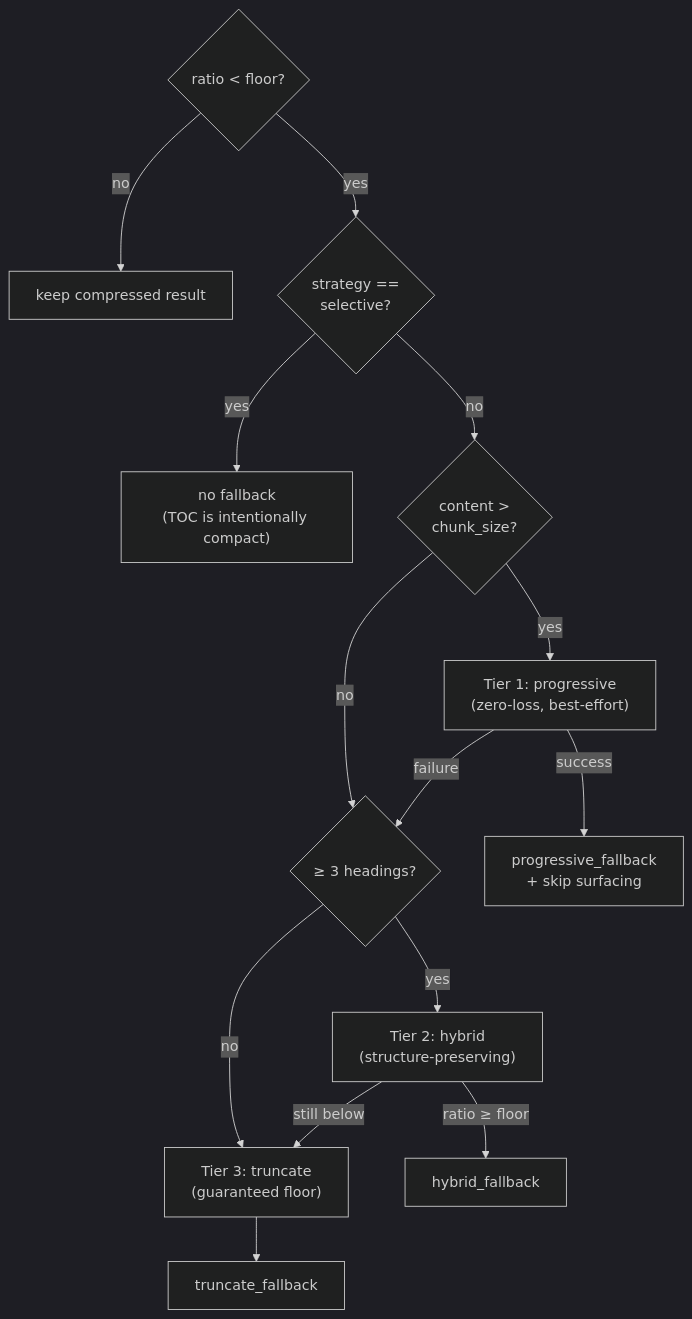
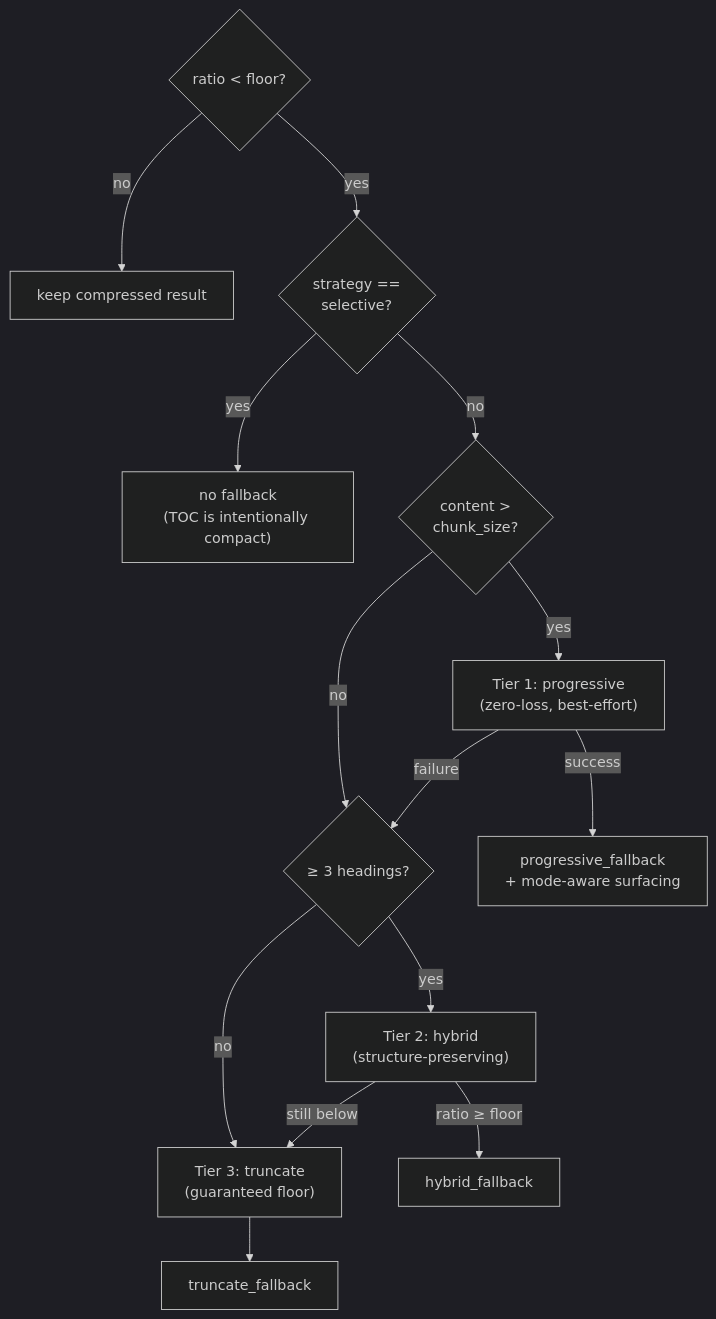
One commit to memtomem/memtomem-stm changed the fifth of 5 diagrams in docs/compression.md. Above: the diagram before and after it, drawn with Mermaid (dark theme). The commit also changed other lines of this file, not shown here.

Commit message:
docs(compression): mode-aware surfacing on progressive (F6 follow-up)
Stale wording from before #161 said Stage 3 surfacing is skipped for
all progressive delivery. It is now mode-aware: runs for append/section,
skipped only for prepend. Updates the note paragraph and the
progressive-fallback mermaid node to match shipped behavior.

````diff
--- a/docs/compression.md
+++ b/docs/compression.md
@@ -187,16 +187,16 @@
 ```mermaid
 flowchart TD
     V{"ratio < floor?"} -->|no| OK["keep compressed result"]
     V -->|yes| S{"strategy ==<br/>selective?"}
     S -->|yes| Skip["no fallback<br/>(TOC is intentionally compact)"]
     S -->|no| Size{"content ><br/>chunk_size?"}
     Size -->|yes| T1["Tier 1: progressive<br/>(zero-loss, best-effort)"]
     Size -->|no| H{"≥ 3 headings?"}
-    T1 -->|success| Done["progressive_fallback<br/>+ skip surfacing"]
+    T1 -->|success| Done["progressive_fallback<br/>+ mode-aware surfacing"]
     T1 -->|failure| H
     H -->|yes| T2["Tier 2: hybrid<br/>(structure-preserving)"]
     H -->|no| T3["Tier 3: truncate<br/>(guaranteed floor)"]
     T2 -->|"ratio ≥ floor"| Done2["hybrid_fallback"]
     T2 -->|"still below"| T3
     T3 --> Done3["truncate_fallback"]
 ```
````
